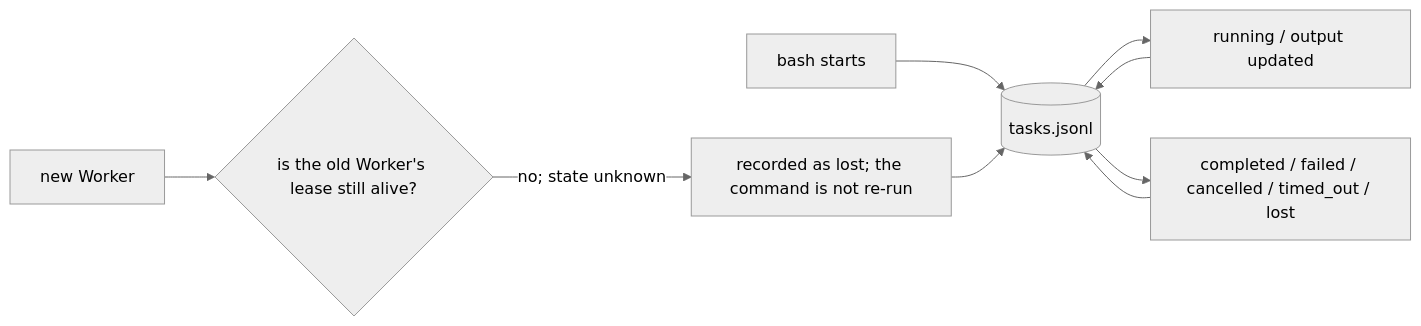
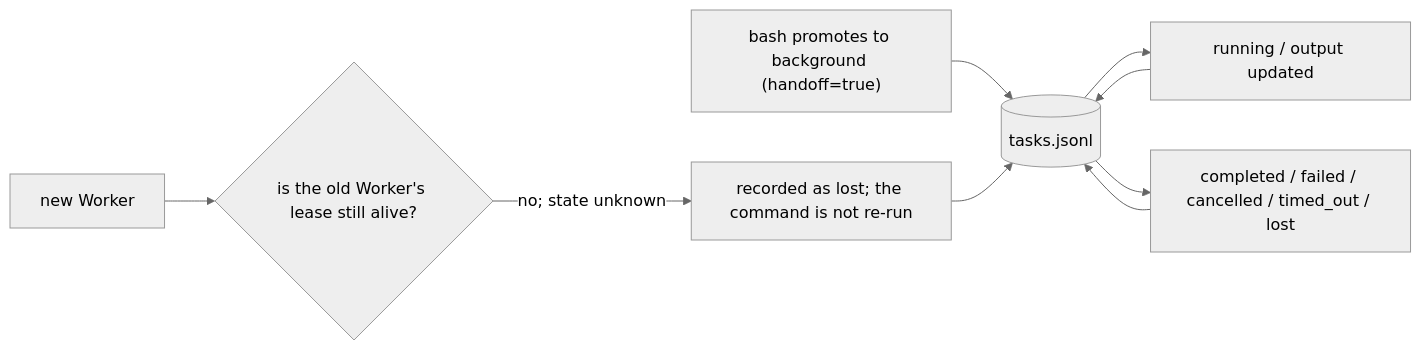
Before and after one commit to Azzurroooo/rind: the diagram in docs/internals/03-persistence/task-journal.md, drawn with Mermaid (neutral theme). The commit also changed other lines of this file and 29 other files, not shown here.

Commit message:
refactor(runtime,surfaces): lazily promote background bash tasks and streamline task UI

```diff
--- a/docs/internals/03-persistence/task-journal.md
+++ b/docs/internals/03-persistence/task-journal.md
@@ -7,11 +7,11 @@
 ~~~mermaid
 flowchart LR
-    START["bash starts"] --> J[("tasks.jsonl")]
+    START["bash promotes to background (handoff=true)"] --> J[("tasks.jsonl")]
     J --> RUN["running / output updated"]
     RUN --> J
     J --> TERM["completed / failed / cancelled / timed_out / lost"]
     TERM --> J
     RESTART["new Worker"] --> LEASE{"is the old Worker's lease still alive?"}
     LEASE -->|"no; state unknown"| LOST["recorded as lost; the command is not re-run"]
     LOST --> J
 ~~~
```
